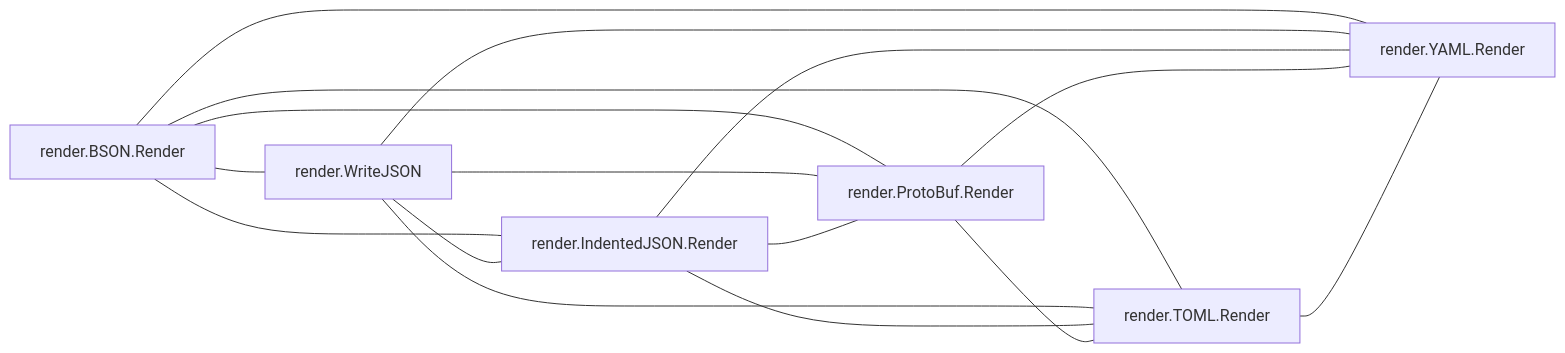
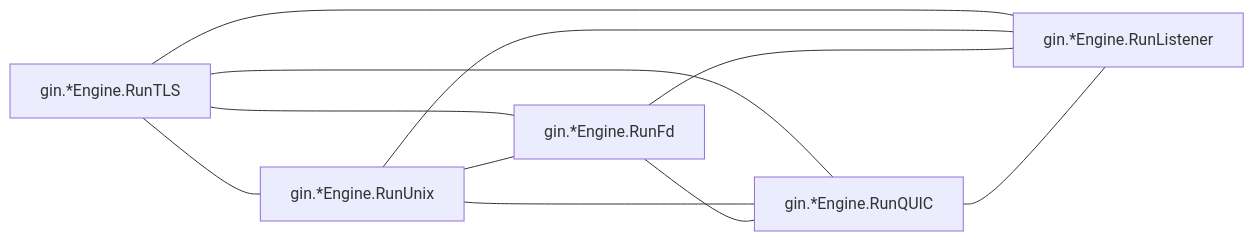
The fifth of 7 diagrams in examples/gin.md (LukasSelin/doppel), drawn with Mermaid before and after one commit. The commit also changed other lines of this file and 19 other files, not shown here.

````diff
--- a/examples/gin.md
+++ b/examples/gin.md
@@ -683,24 +642,18 @@
 ```mermaid
 flowchart LR
-    m0["render.BSON.Render"]
-    m1["render.WriteJSON"]
-    m2["render.IndentedJSON.Render"]
-    m3["render.ProtoBuf.Render"]
-    m4["render.TOML.Render"]
-    m5["render.YAML.Render"]
+    m0["gin.*Engine.RunTLS"]
+    m1["gin.*Engine.RunUnix"]
+    m2["gin.*Engine.RunFd"]
+    m3["gin.*Engine.RunQUIC"]
+    m4["gin.*Engine.RunListener"]
     m0 --- m1
     m0 --- m2
     m0 --- m3
     m0 --- m4
-    m0 --- m5
     m1 --- m2
     m1 --- m3
     m1 --- m4
-    m1 --- m5
     m2 --- m3
     m2 --- m4
-    m2 --- m5
     m3 --- m4
-    m3 --- m5
-    m4 --- m5
 ```
````
